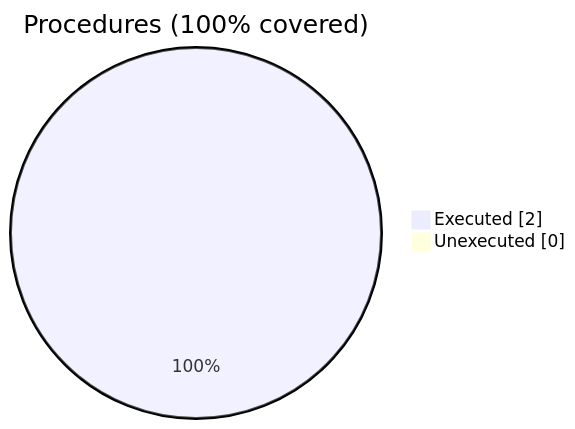
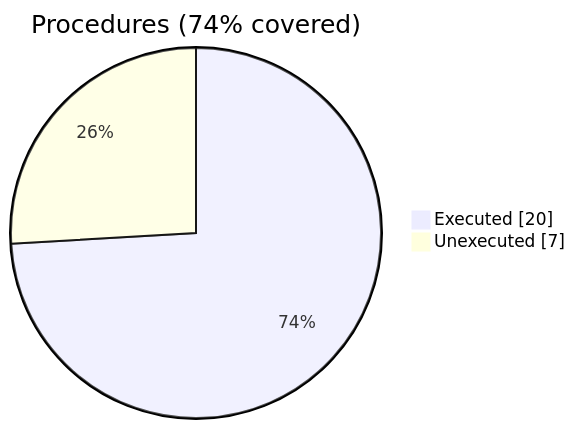
The sixth of 6 diagrams in docs/guide/coverage-analysis.md (szaghi/FiNeR), drawn with Mermaid before and after one commit. The commit also changed other lines of this file and 10 other files, not shown here.

````diff
--- a/docs/guide/coverage-analysis.md
+++ b/docs/guide/coverage-analysis.md
@@ -88,6 +88,6 @@
 ```mermaid
 pie showData
-    title Procedures (100% covered)
-    "Executed" : 2
-    "Unexecuted" : 0
+    title Procedures (74% covered)
+    "Executed" : 20
+    "Unexecuted" : 7
 ```
````
